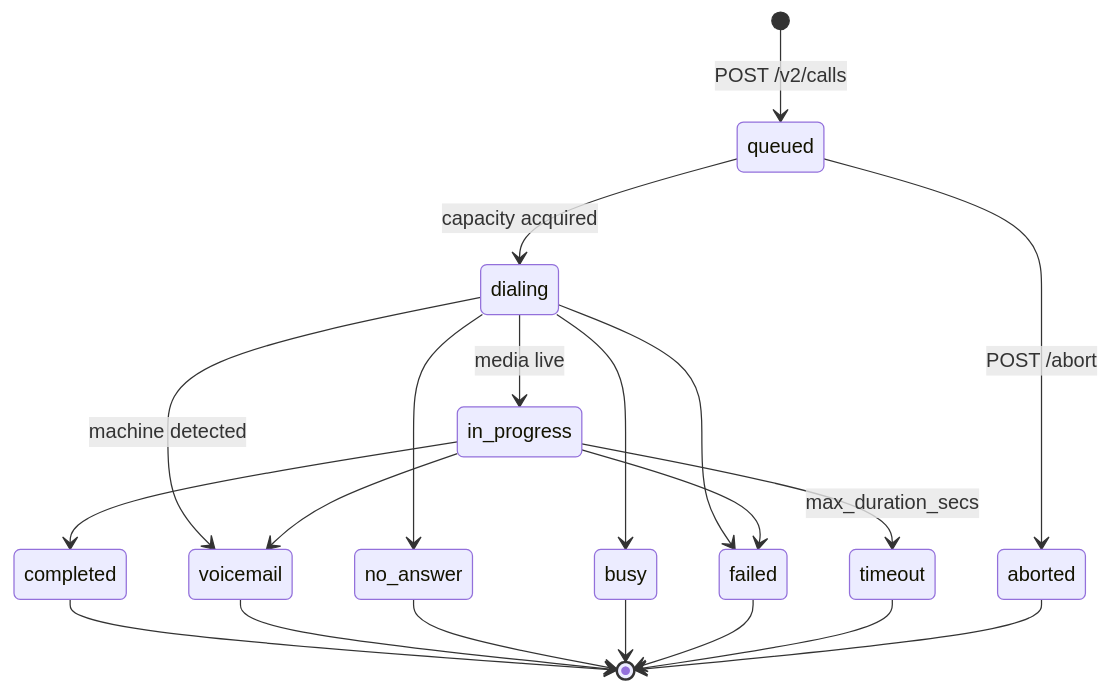
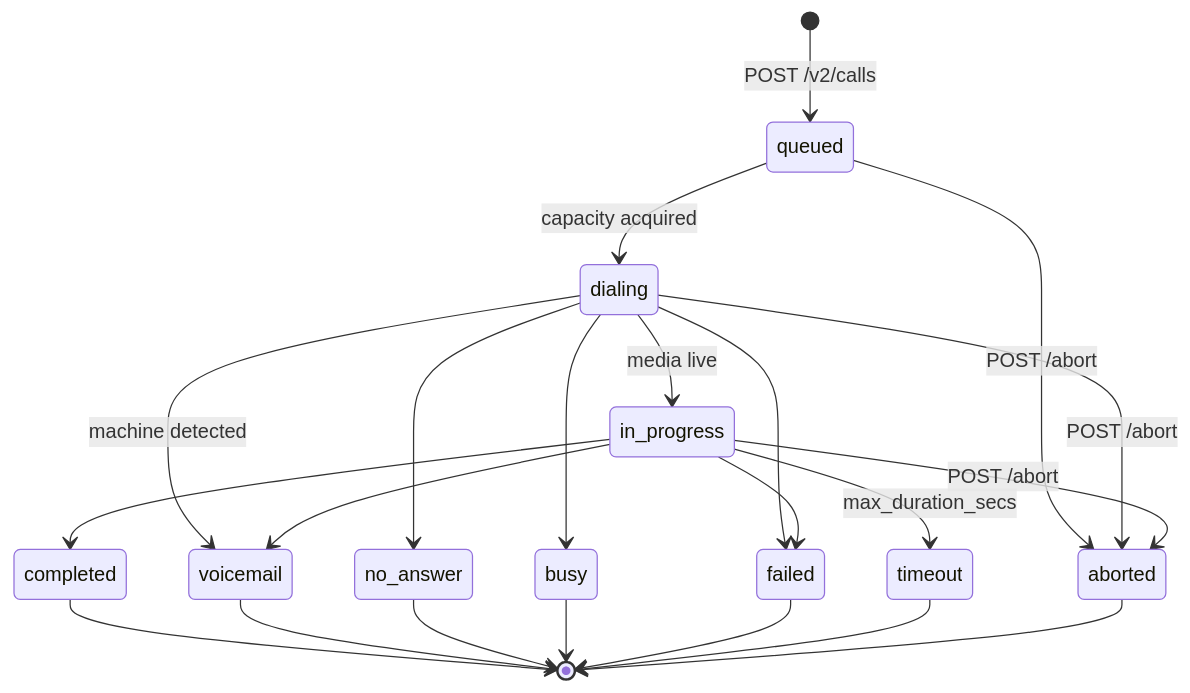
One commit to MiraiMinds/voice-agent-docs changed the diagram in src/content/docs/v2/calls.mdx. Above: the diagram before and after it, drawn with Mermaid. The commit also changed other lines of this file and 5 other files, not shown here.

````diff
--- a/src/content/docs/v2/calls.mdx
+++ b/src/content/docs/v2/calls.mdx
@@ -63,22 +63,24 @@
 ```mermaid
 stateDiagram-v2
     [*] --> queued: POST /v2/calls
     queued --> dialing: capacity acquired
     queued --> aborted: POST /abort
+    dialing --> aborted: POST /abort
+    in_progress --> aborted: POST /abort
     dialing --> in_progress: media live
     dialing --> no_answer
     dialing --> busy
     dialing --> failed
     dialing --> voicemail: machine detected
     in_progress --> completed
     in_progress --> voicemail
     in_progress --> timeout: max_duration_secs
     in_progress --> failed
     completed --> [*]
     voicemail --> [*]
     no_answer --> [*]
     busy --> [*]
     failed --> [*]
     timeout --> [*]
     aborted --> [*]
 ```
````
